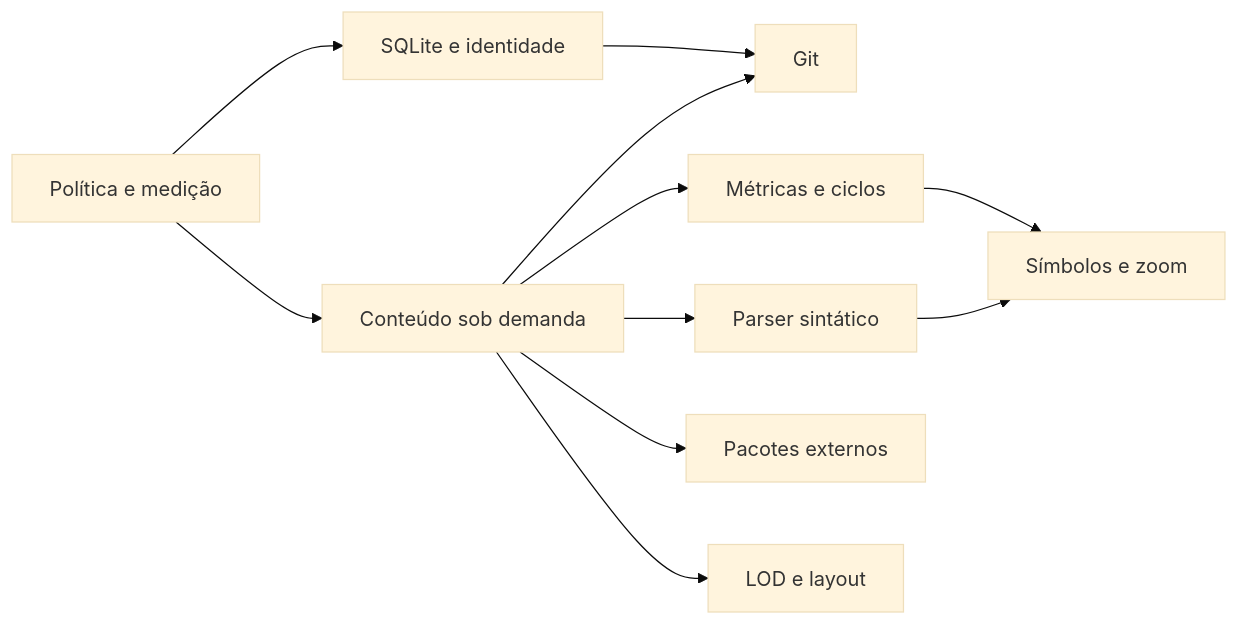
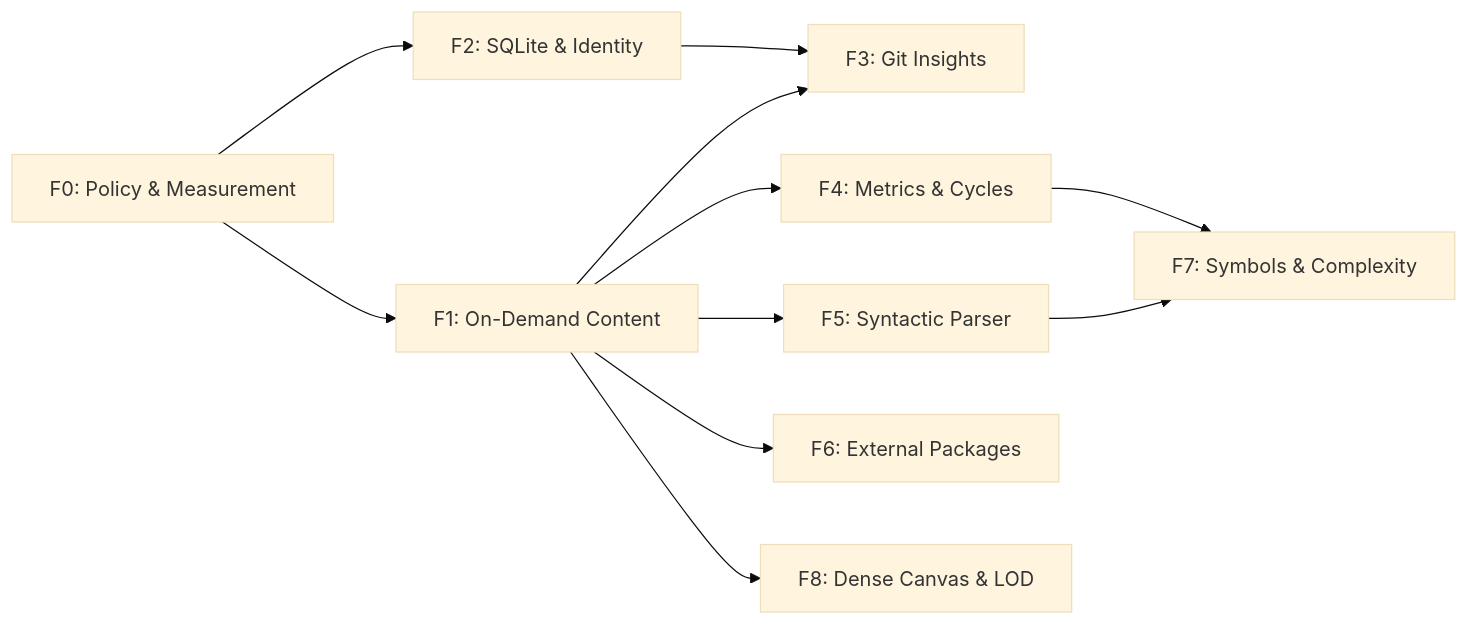
Before and after one commit to RMDomingos20/BeckaRepo: the diagram in docs/ROADMAP.md, drawn with Mermaid (base theme). The commit also changed other lines of this file and 8 other files, not shown here.

First line of the commit message:
Refresh roadmap and validation docs

````diff
--- a/docs/ROADMAP.md
+++ b/docs/ROADMAP.md
@@ -69,13 +50,13 @@
 ```mermaid
 flowchart LR
-  F0[Política e medição] --> F1[Conteúdo sob demanda]
-  F0 --> F2[SQLite e identidade]
-  F1 --> F3[Git]
+  F0[F0: Policy & Measurement] --> F1[F1: On-Demand Content]
+  F0 --> F2[F2: SQLite & Identity]
+  F1 --> F3[F3: Git Insights]
   F2 --> F3
-  F1 --> F4[Métricas e ciclos]
-  F1 --> F5[Parser sintático]
-  F1 --> F6[Pacotes externos]
-  F5 --> F7[Símbolos e zoom]
+  F1 --> F4[F4: Metrics & Cycles]
+  F1 --> F5[F5: Syntactic Parser]
+  F1 --> F6[F6: External Packages]
+  F5 --> F7[F7: Symbols & Complexity]
   F4 --> F7
-  F1 --> F8[LOD e layout]
+  F1 --> F8[F8: Dense Canvas & LOD]
 ```
````
